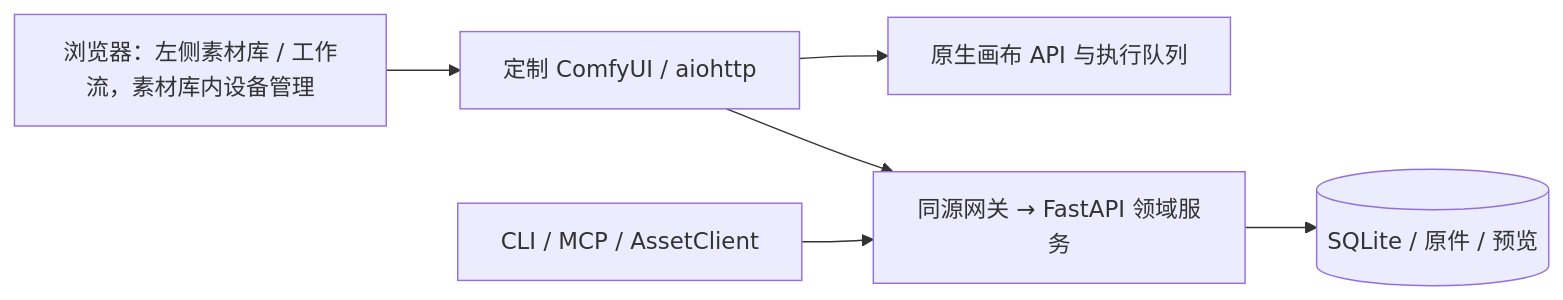
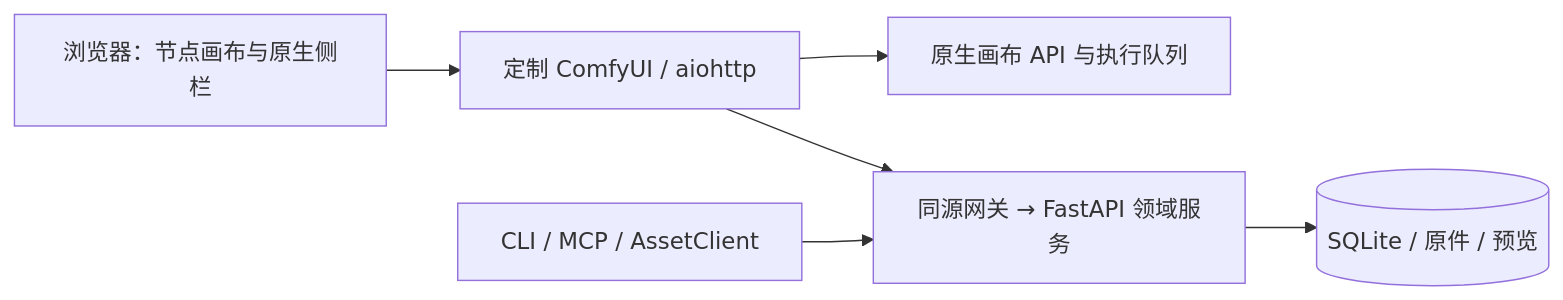
Before and after one commit to MaojieXu/AstroPhotoFlow: the diagram in docs/architecture/overview.md, drawn with Mermaid. The commit also changed other lines of this file and 19 other files, not shown here.

````diff
--- a/docs/architecture/overview.md
+++ b/docs/architecture/overview.md
@@ -5,8 +5,8 @@
 ```mermaid
 flowchart LR
-  UI[浏览器：左侧素材库 / 工作流，素材库内设备管理] --> WEB[定制 ComfyUI / aiohttp]
+  UI[浏览器：节点画布与原生侧栏] --> WEB[定制 ComfyUI / aiohttp]
   WEB --> ENGINE[原生画布 API 与执行队列]
   WEB --> API[同源网关 → FastAPI 领域服务]
   CLI[CLI / MCP / AssetClient] --> API
   API --> DATA[(SQLite / 原件 / 预览)]
 ```
````
